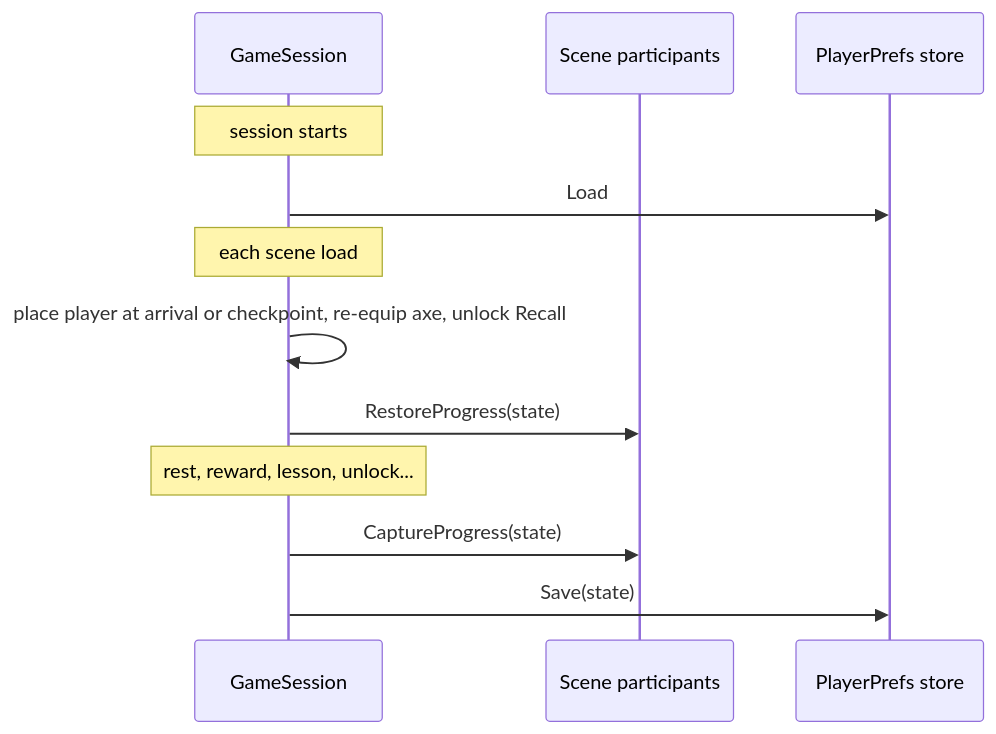
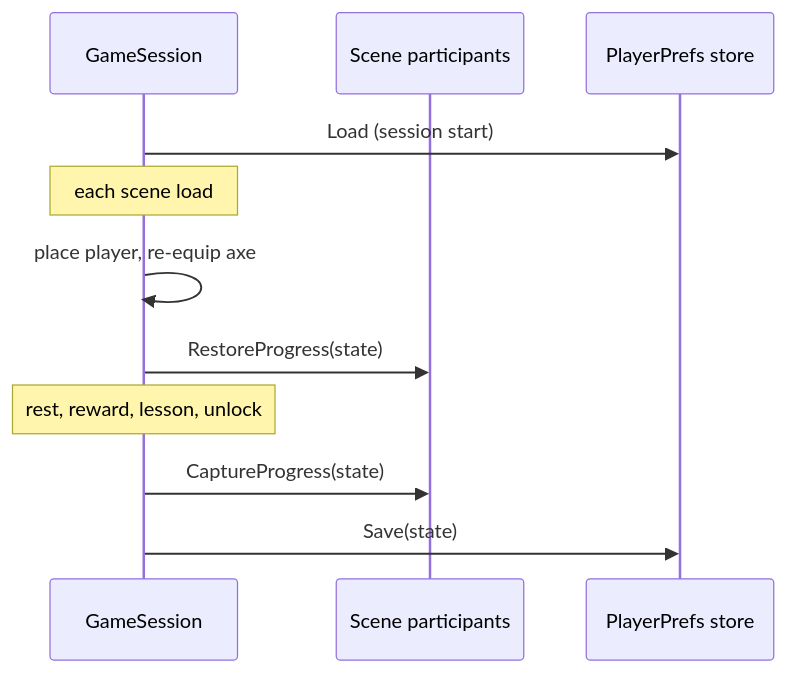
One commit to Ronno7/RoadOfTheOldKing changed the fifth of 5 diagrams in Docs/SystemsOverview.md. Above: the diagram before and after it, drawn with Mermaid. The commit also changed other lines of this file and 48 other files, not shown here.

````diff
--- a/Docs/SystemsOverview.md
+++ b/Docs/SystemsOverview.md
@@ -328,14 +201,13 @@
 ```mermaid
 sequenceDiagram
   participant S as GameSession
   participant P as Scene participants
   participant St as PlayerPrefs store
-  Note over S: session starts
-  S->>St: Load
+  S->>St: Load (session start)
   Note over S: each scene load
-  S->>S: place player at arrival or checkpoint, re-equip axe, unlock Recall
+  S->>S: place player, re-equip axe
   S->>P: RestoreProgress(state)
-  Note over S: rest, reward, lesson, unlock...
+  Note over S: rest, reward, lesson, unlock
   S->>P: CaptureProgress(state)
   S->>St: Save(state)
 ```
````
